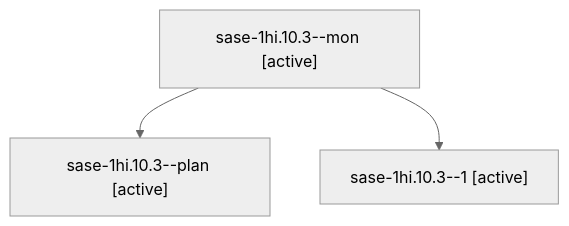
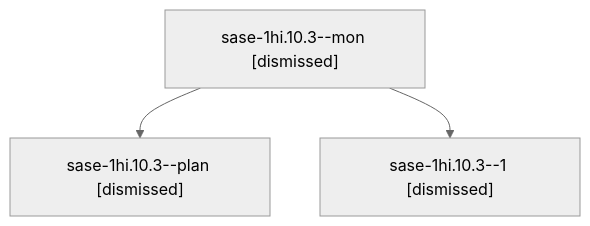
Before and after one commit to sase-org/sase--agents: the diagram in sessions/bbugyi200.apollo.sase-1hi.10.3.md, drawn with Mermaid (neutral theme). The commit also changed other lines of this file and 259 other files, not shown here.

````diff
--- a/sessions/bbugyi200.apollo.sase-1hi.10.3.md
+++ b/sessions/bbugyi200.apollo.sase-1hi.10.3.md
@@ -9,8 +9,8 @@
 ```mermaid
 flowchart TD
-  n0["sase-1hi.10.3--mon [active]"]
-  n1["sase-1hi.10.3--plan [active]"]
+  n0["sase-1hi.10.3--mon [dismissed]"]
+  n1["sase-1hi.10.3--plan [dismissed]"]
   n0 --> n1
-  n2["sase-1hi.10.3--1 [active]"]
+  n2["sase-1hi.10.3--1 [dismissed]"]
   n0 --> n2
 ```
````
